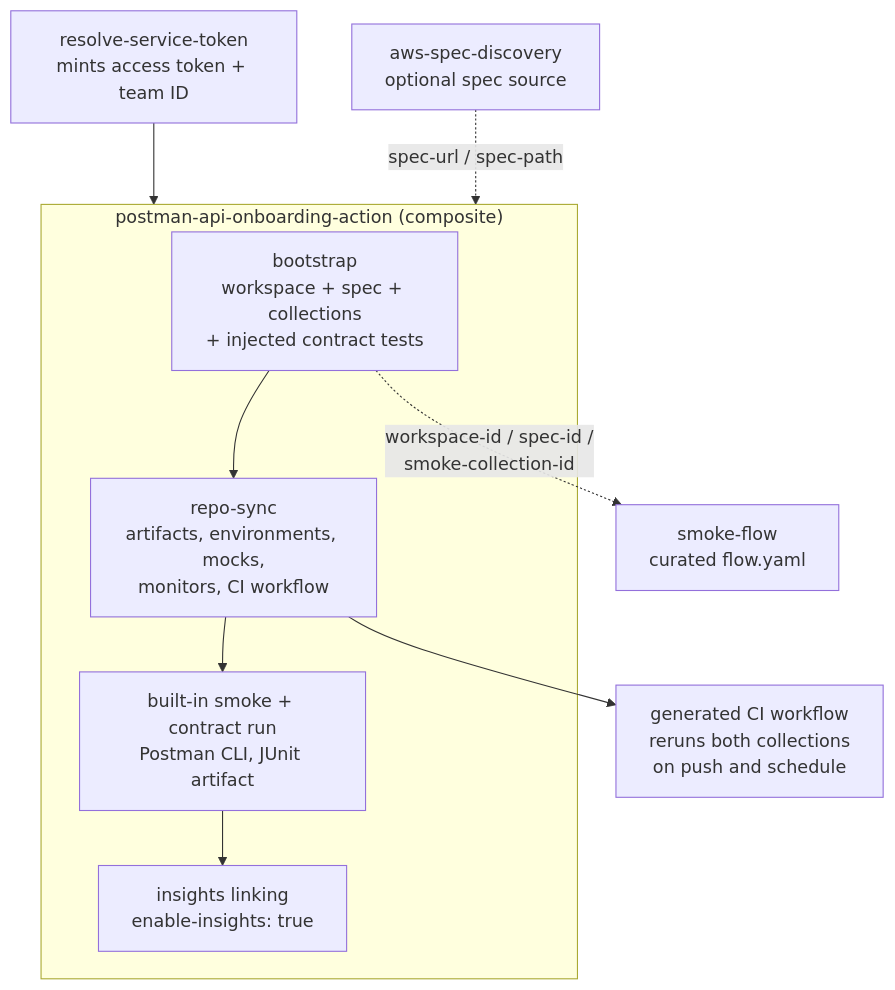
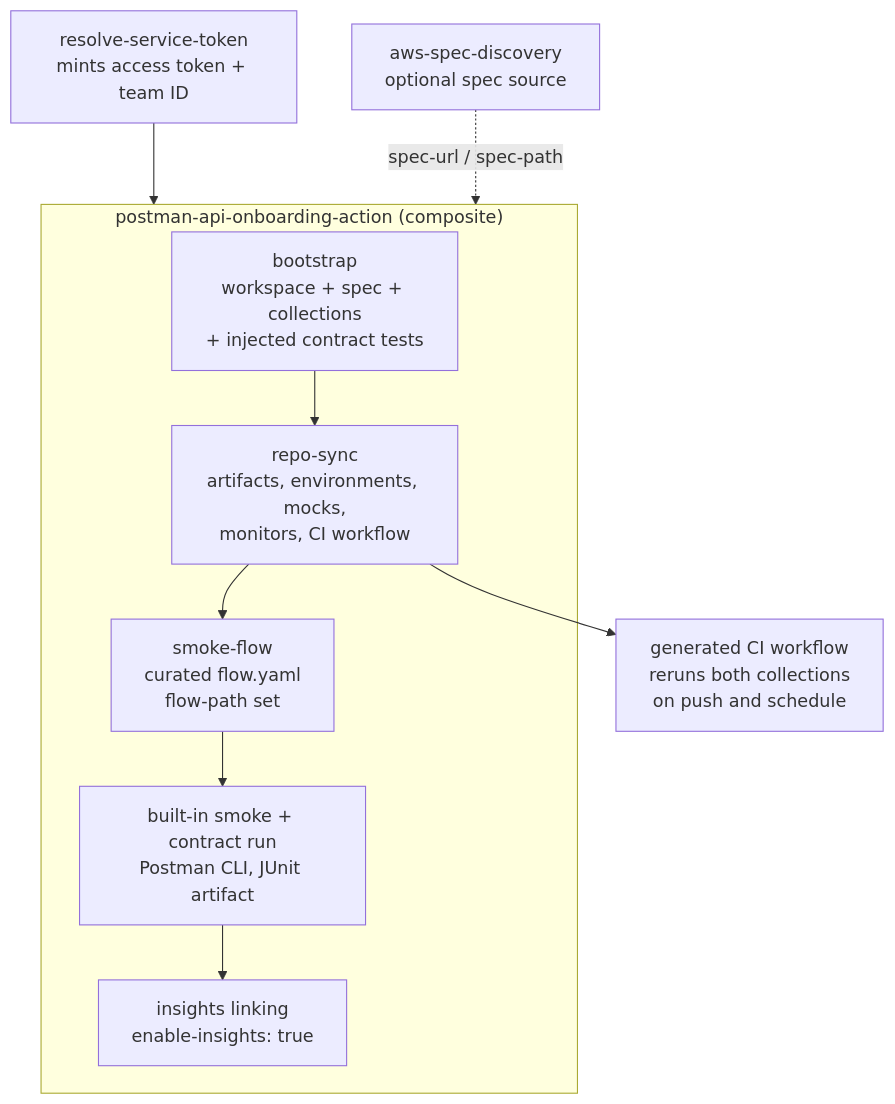
The diagram in README.md (actions-marketplace-validations/postman-cs_postman-api-onboarding-action), drawn with Mermaid before and after one commit. The commit also changed other lines of this file and 5 other files, not shown here.

Commit message:
feat: chain smoke-flow v2.2.0 inside the composite behind flow-path

````diff
--- a/README.md
+++ b/README.md
@@ -347,12 +352,12 @@
 ```mermaid
 flowchart TB
     TOKEN["resolve-service-token<br/>mints access token + team ID"] --> COMP
     AWS["aws-spec-discovery<br/>optional spec source"] -.->|"spec-url / spec-path"| COMP
     subgraph COMP["postman-api-onboarding-action (composite)"]
         B["bootstrap<br/>workspace + spec + collections<br/>+ injected contract tests"] --> RS["repo-sync<br/>artifacts, environments, mocks,<br/>monitors, CI workflow"]
-        RS --> T["built-in smoke + contract run<br/>Postman CLI, JUnit artifact"]
+        RS --> SF["smoke-flow<br/>curated flow.yaml<br/>flow-path set"]
+        SF --> T["built-in smoke + contract run<br/>Postman CLI, JUnit artifact"]
         T --> INS["insights linking<br/>enable-insights: true"]
     end
-    B -.->|"workspace-id / spec-id /<br/>smoke-collection-id"| SF["smoke-flow<br/>curated flow.yaml"]
     RS --> CI["generated CI workflow<br/>reruns both collections<br/>on push and schedule"]
 ```
````
